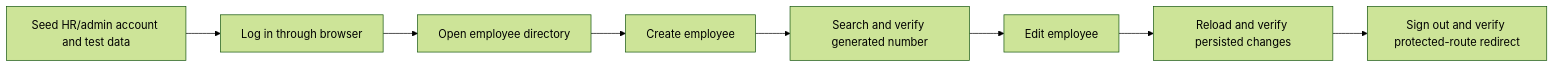
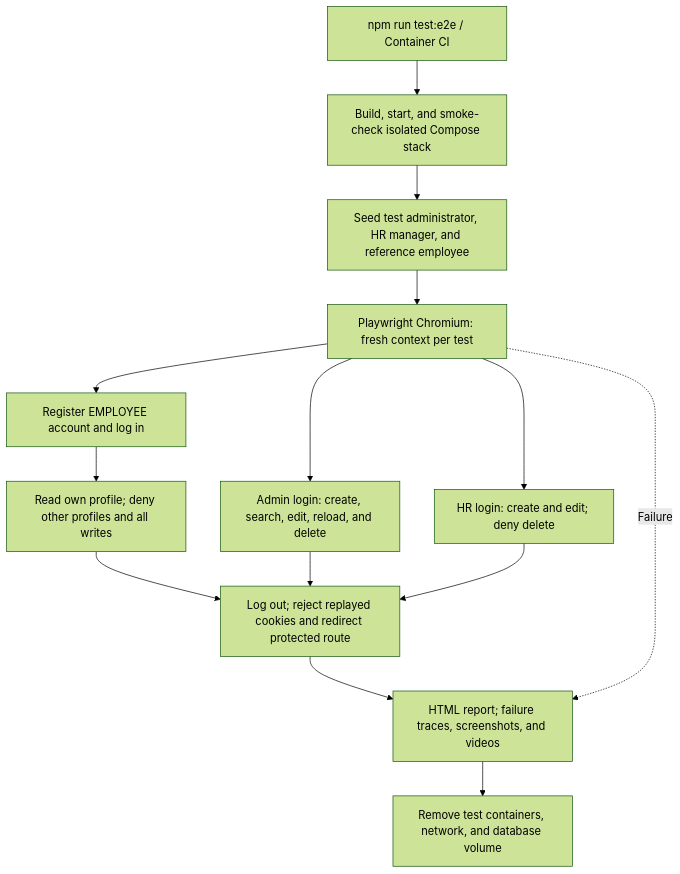
One commit to herve192-hub/WorkSphere changed diagram 33 of 50 in README.md. Above: the diagram before and after it, drawn with Mermaid (forest theme). The commit also changed other lines of this file and 14 other files, not shown here.

Commit message:
playwright test framework added for end-to-end testing

````diff
--- a/README.md
+++ b/README.md
@@ -1513,10 +1555,16 @@
 ```mermaid
-flowchart LR
-    Seed["Seed HR/admin account and test data"] --> Login["Log in through browser"]
-    Login --> Directory["Open employee directory"]
-    Directory --> Create["Create employee"]
-    Create --> Search["Search and verify generated number"]
-    Search --> Update["Edit employee"]
-    Update --> Verify["Reload and verify persisted changes"]
-    Verify --> Logout["Sign out and verify protected-route redirect"]
+flowchart TD
+    Run["npm run test:e2e / Container CI"] --> Stack["Build, start, and smoke-check isolated Compose stack"]
+    Stack --> Seed["Seed test administrator, HR manager, and reference employee"]
+    Seed --> Browser["Playwright Chromium: fresh context per test"]
+    Browser --> Register["Register EMPLOYEE account and log in"]
+    Register --> Own["Read own profile; deny other profiles and all writes"]
+    Browser --> Admin["Admin login: create, search, edit, reload, and delete"]
+    Browser --> HR["HR login: create and edit; deny delete"]
+    Own --> Logout["Log out; reject replayed cookies and redirect protected route"]
+    Admin --> Logout
+    HR --> Logout
+    Logout --> Report["HTML report; failure traces, screenshots, and videos"]
+    Browser -.->|Failure| Report
+    Report --> Cleanup["Remove test containers, network, and database volume"]
 ```
````
